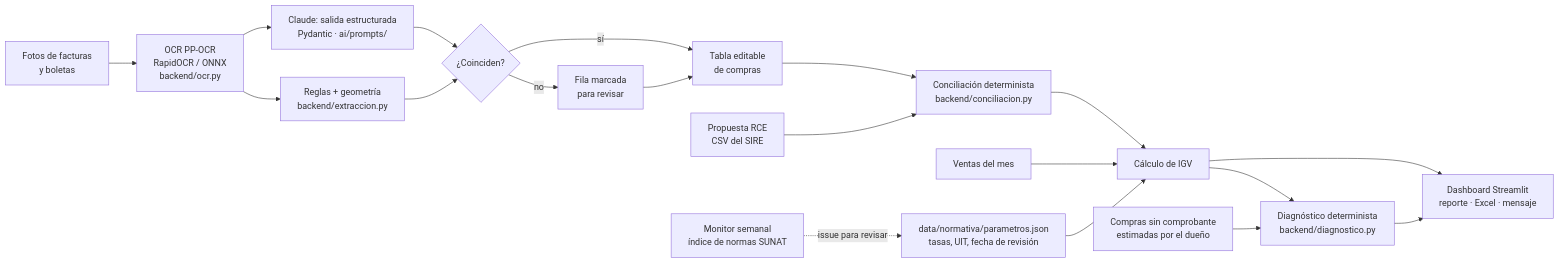
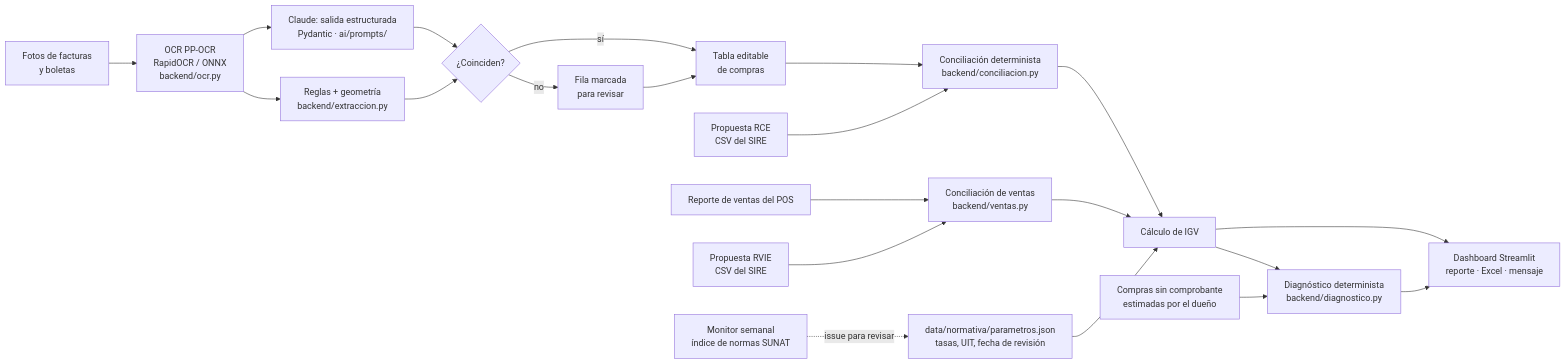
Before and after one commit to BritneyMiranda/validasire: the diagram in docs/arquitectura.md, drawn with Mermaid. The commit also changed other lines of this file and 32 other files, not shown here.

First line of the commit message:
ValidaSire: rediseño con mascota, casos especiales, ventas (RVIE) y pestañas

````diff
--- a/docs/arquitectura.md
+++ b/docs/arquitectura.md
@@ -3,21 +3,23 @@
 ```mermaid
 flowchart LR
     A[Fotos de facturas<br/>y boletas] --> B[OCR PP-OCR<br/>RapidOCR / ONNX<br/>backend/ocr.py]
     B --> C[Reglas + geometría<br/>backend/extraccion.py]
     B --> D[Claude: salida estructurada<br/>Pydantic · ai/prompts/]
     C --> E{¿Coinciden?}
     D --> E
     E -- no --> F[Fila marcada<br/>para revisar]
     E -- sí --> G[Tabla editable<br/>de compras]
     F --> G
     H[Propuesta RCE<br/>CSV del SIRE] --> I[Conciliación determinista<br/>backend/conciliacion.py]
     G --> I
-    J[Ventas del mes] --> K[Cálculo de IGV]
+    J[Reporte de ventas del POS] --> V[Conciliación de ventas<br/>backend/ventas.py]
+    R[Propuesta RVIE<br/>CSV del SIRE] --> V
+    V --> K[Cálculo de IGV]
     I --> K
     P[data/normativa/parametros.json<br/>tasas, UIT, fecha de revisión] --> K
     S[Monitor semanal<br/>índice de normas SUNAT] -. issue para revisar .-> P
     K --> Dg[Diagnóstico determinista<br/>backend/diagnostico.py]
     N[Compras sin comprobante<br/>estimadas por el dueño] --> Dg
     Dg --> L[Dashboard Streamlit<br/>reporte · Excel · mensaje]
     K --> L
 ```
````
